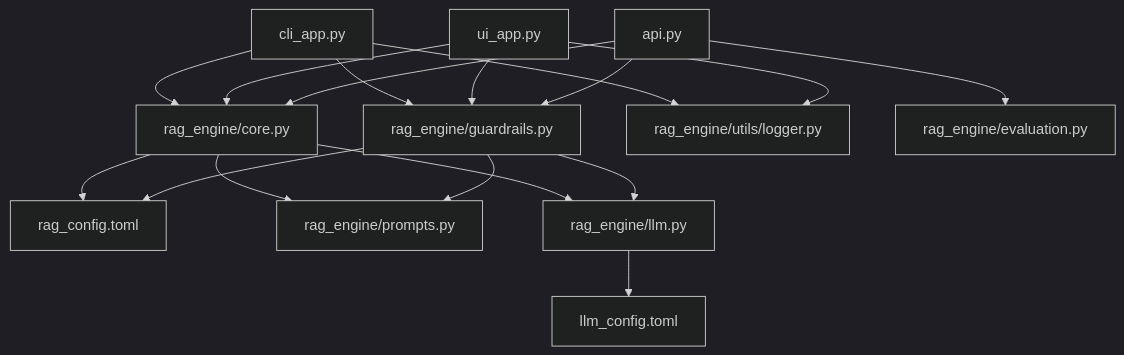
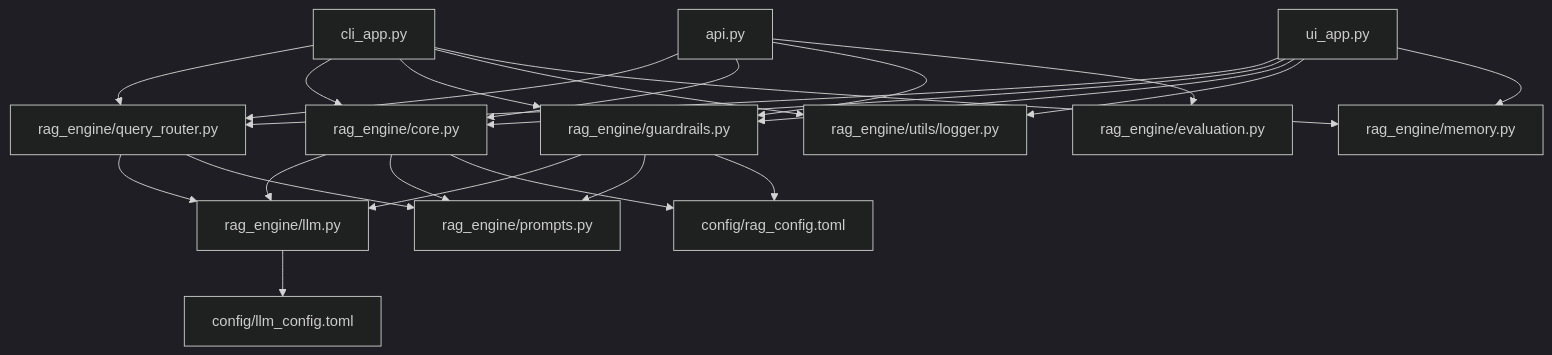
Before and after one commit to kk-engineer/rag-agent-v2: the diagram in code_workflow.md, drawn with Mermaid (dark theme). The commit also changed other lines of this file and 16 other files, not shown here.

````diff
--- a/code_workflow.md
+++ b/code_workflow.md
@@ -42,41 +45,50 @@
 ```mermaid
 graph TD
     %% Configuration Files
-    config_llm["llm_config.toml"]
-    config_rag["rag_config.toml"]
+    config_llm["config/llm_config.toml"]
+    config_rag["config/rag_config.toml"]
 
     %% Application Entry Points
     cli_app["cli_app.py"]
     ui_app["ui_app.py"]
     api_app["api.py"]
 
     %% Library Components
     prompts["rag_engine/prompts.py"]
     llm_client["rag_engine/llm.py"]
     core_engine["rag_engine/core.py"]
     guardrails["rag_engine/guardrails.py"]
+    router["rag_engine/query_router.py"]
     telemetry_logger["rag_engine/utils/logger.py"]
     evaluator["rag_engine/evaluation.py"]
+    memory["rag_engine/memory.py"]
 
     %% Dependencies
+    cli_app --> router
     cli_app --> core_engine
     cli_app --> guardrails
     cli_app --> telemetry_logger
+    cli_app --> memory
 
+    ui_app --> router
     ui_app --> core_engine
     ui_app --> guardrails
     ui_app --> telemetry_logger
+    ui_app --> memory
 
+    api_app --> router
     api_app --> core_engine
     api_app --> guardrails
     api_app --> evaluator
 
     core_engine --> llm_client
     core_engine --> prompts
     guardrails --> llm_client
     guardrails --> prompts
+    router --> llm_client
+    router --> prompts
 
     llm_client --> config_llm
     core_engine --> config_rag
     guardrails --> config_rag
 ```
````
